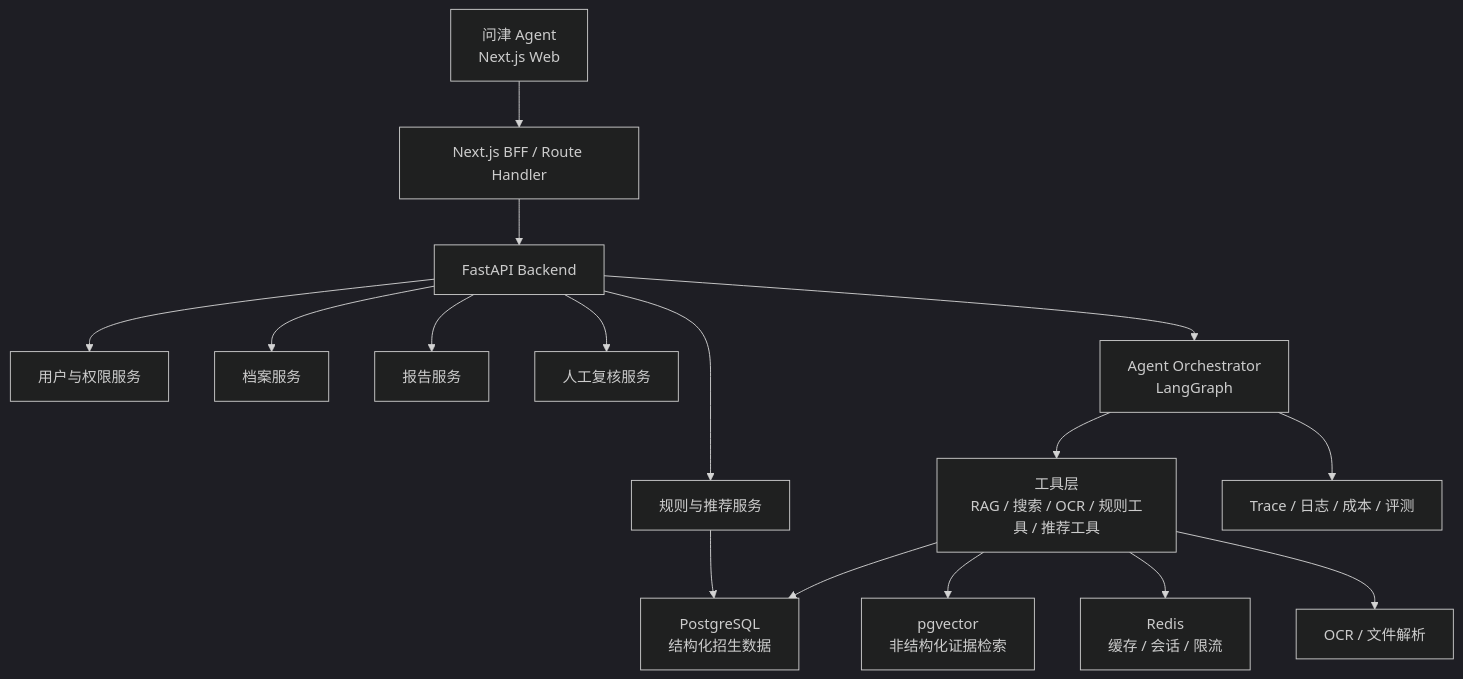
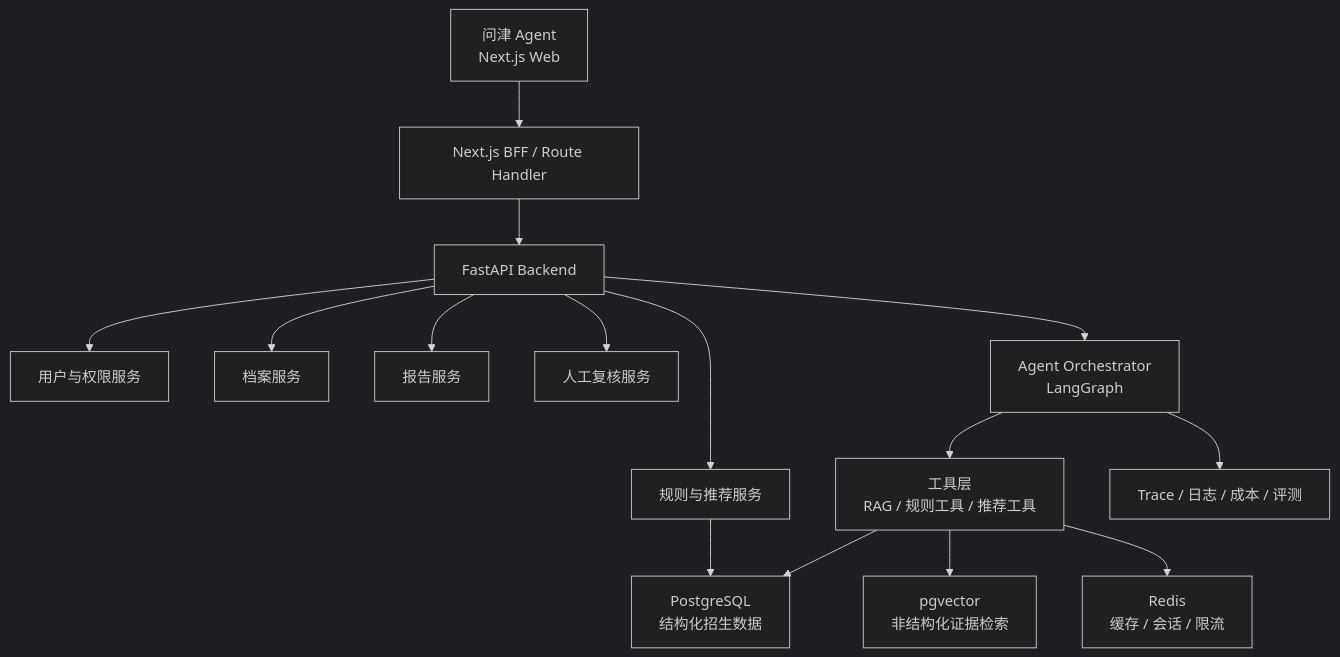
Before and after one commit to debugzhao/jin-guide: the third of 3 diagrams in README.md, drawn with Mermaid (dark theme). The commit also changed other lines of this file and 2 other files, not shown here.

````diff
--- a/README.md
+++ b/README.md
@@ -254,18 +230,17 @@
 ```mermaid
 flowchart TD
   FE["问津 Agent<br/>Next.js Web"] --> BFF["Next.js BFF / Route Handler"]
   BFF --> API["FastAPI Backend"]
   API --> AUTH["用户与权限服务"]
   API --> PROFILE["档案服务"]
   API --> REPORT["报告服务"]
   API --> REVIEW["人工复核服务"]
   API --> RULE["规则与推荐服务"]
   API --> AGENT["Agent Orchestrator<br/>LangGraph"]
   RULE --> SQL["PostgreSQL<br/>结构化招生数据"]
-  AGENT --> TOOLS["工具层<br/>RAG / 搜索 / OCR / 规则工具 / 推荐工具"]
+  AGENT --> TOOLS["工具层<br/>RAG / 规则工具 / 推荐工具"]
   TOOLS --> SQL
   TOOLS --> VDB["pgvector<br/>非结构化证据检索"]
   TOOLS --> CACHE["Redis<br/>缓存 / 会话 / 限流"]
-  TOOLS --> OCR["OCR / 文件解析"]
   AGENT --> OBS["Trace / 日志 / 成本 / 评测"]
 ```
````
